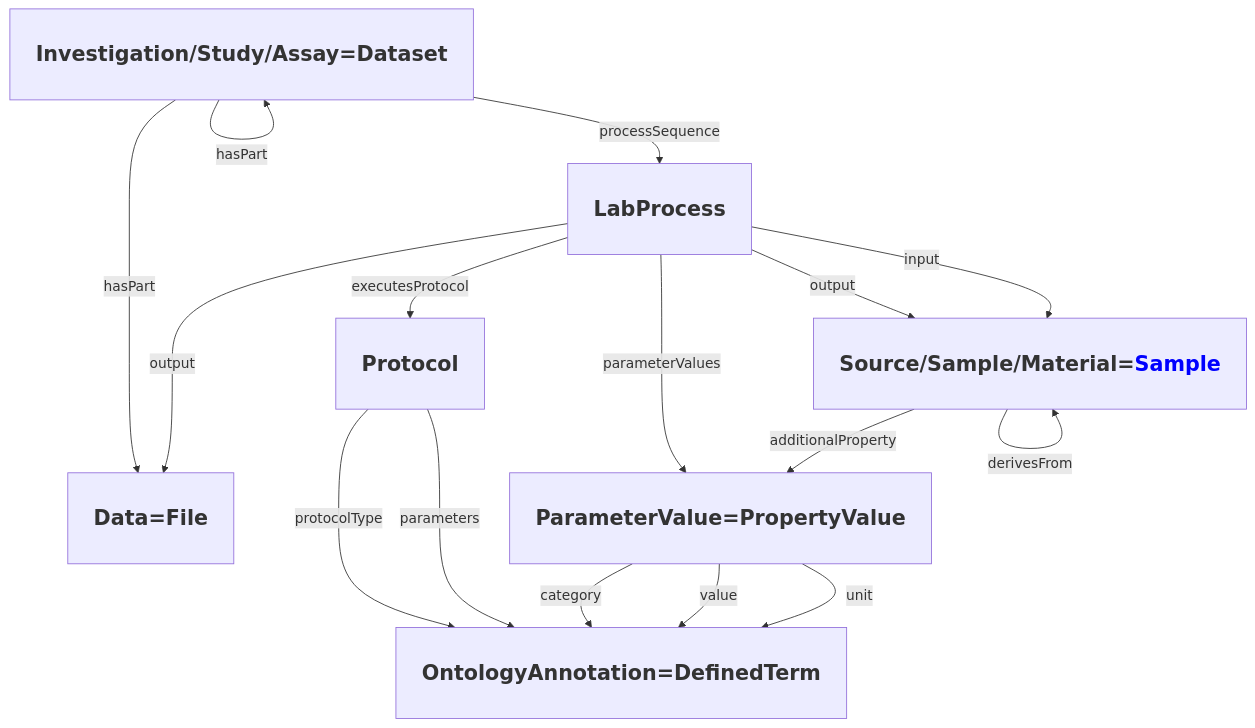
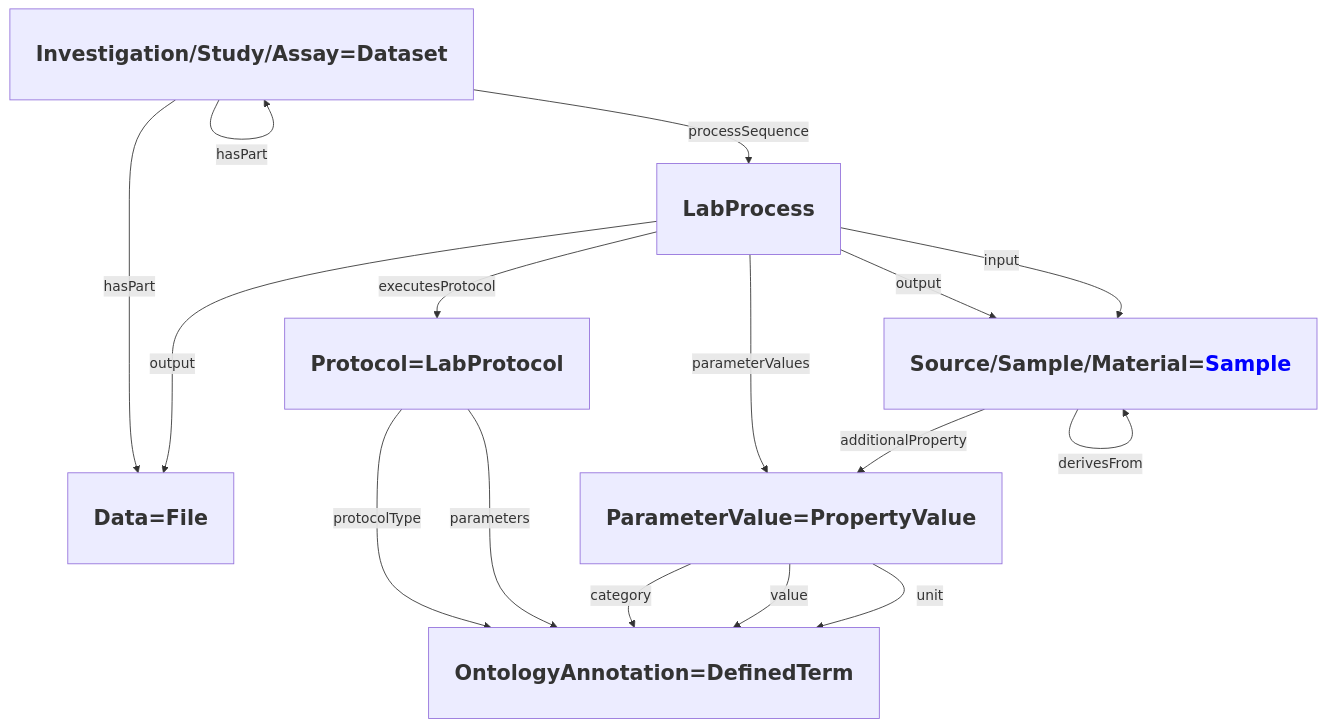
One commit to nfdi4plants/isa-ro-crate-profile changed the diagram in profile/0.1/isa_ro_crate.md. Above: the diagram before and after it, drawn with Mermaid.

````diff
--- a/profile/0.1/isa_ro_crate.md
+++ b/profile/0.1/isa_ro_crate.md
@@ -16,38 +16,38 @@
 ```mermaid
 flowchart TD
 
 dataset[<h2>Investigation/Study/Assay=Dataset</h2>]
 
 Process[<h2>LabProcess</h2>]
 
-Protocol[<h2>Protocol</h2>]
+Protocol[<h2>Protocol=LabProtocol</h2>]
 
 BioSample[<h2>Source/Sample/Material=<font color=blue>Sample</font></h2>]
 
 DataFile[<h2>Data=File</h2>]
 
 ont[<h2>OntologyAnnotation=DefinedTerm</h2>]
 
 prop[<h2>ParameterValue=PropertyValue</h2>]
 
 dataset --hasPart--> dataset
 dataset --hasPart----> DataFile
 dataset --processSequence--> Process
 
 Process --"output"---> DataFile
 Process --"output"--> BioSample
 Process --input--> BioSample
 Process --executesProtocol--> Protocol
 Process --parameterValues---> prop
 
 BioSample --derivesFrom--> BioSample
 BioSample --additionalProperty--> prop
 
 Protocol --protocolType---> ont
 Protocol --parameters---> ont
 
 prop --category--> ont
 prop --value--> ont
 prop --unit--> ont
 
 ```
````
